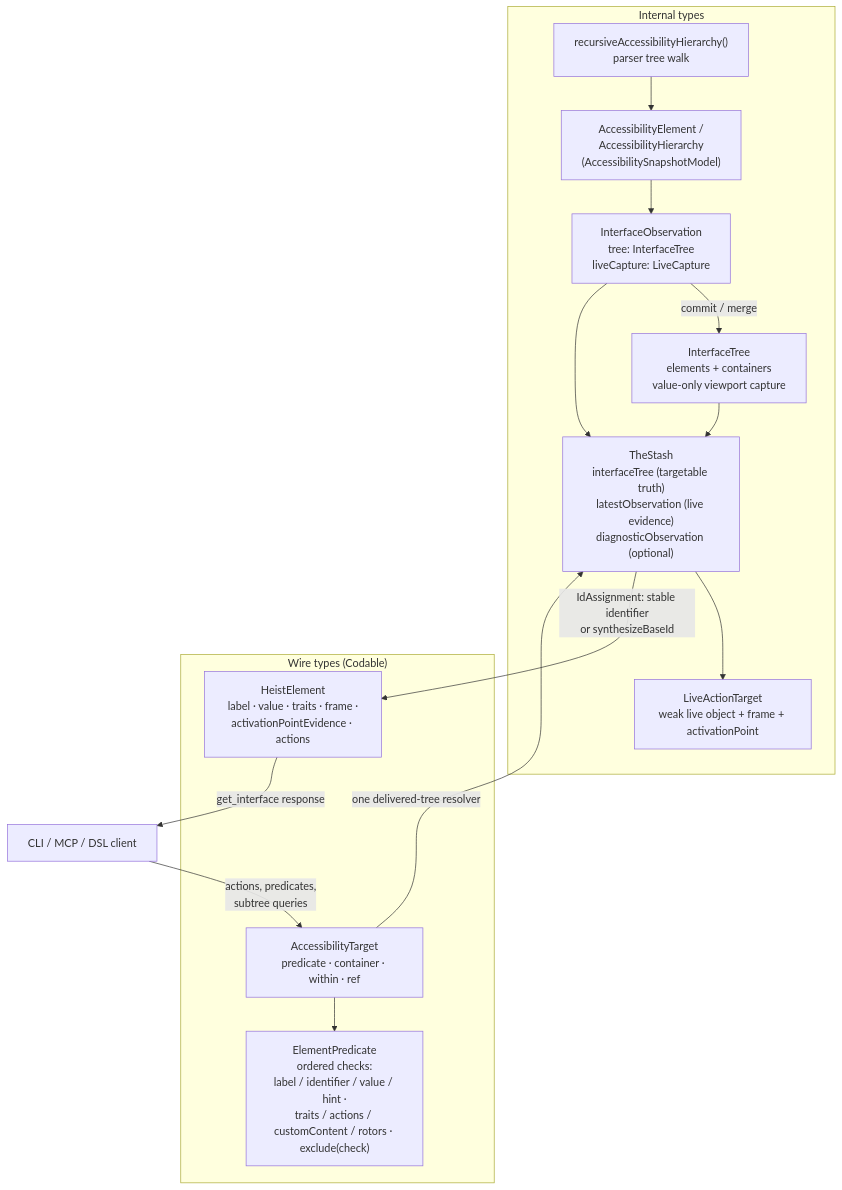
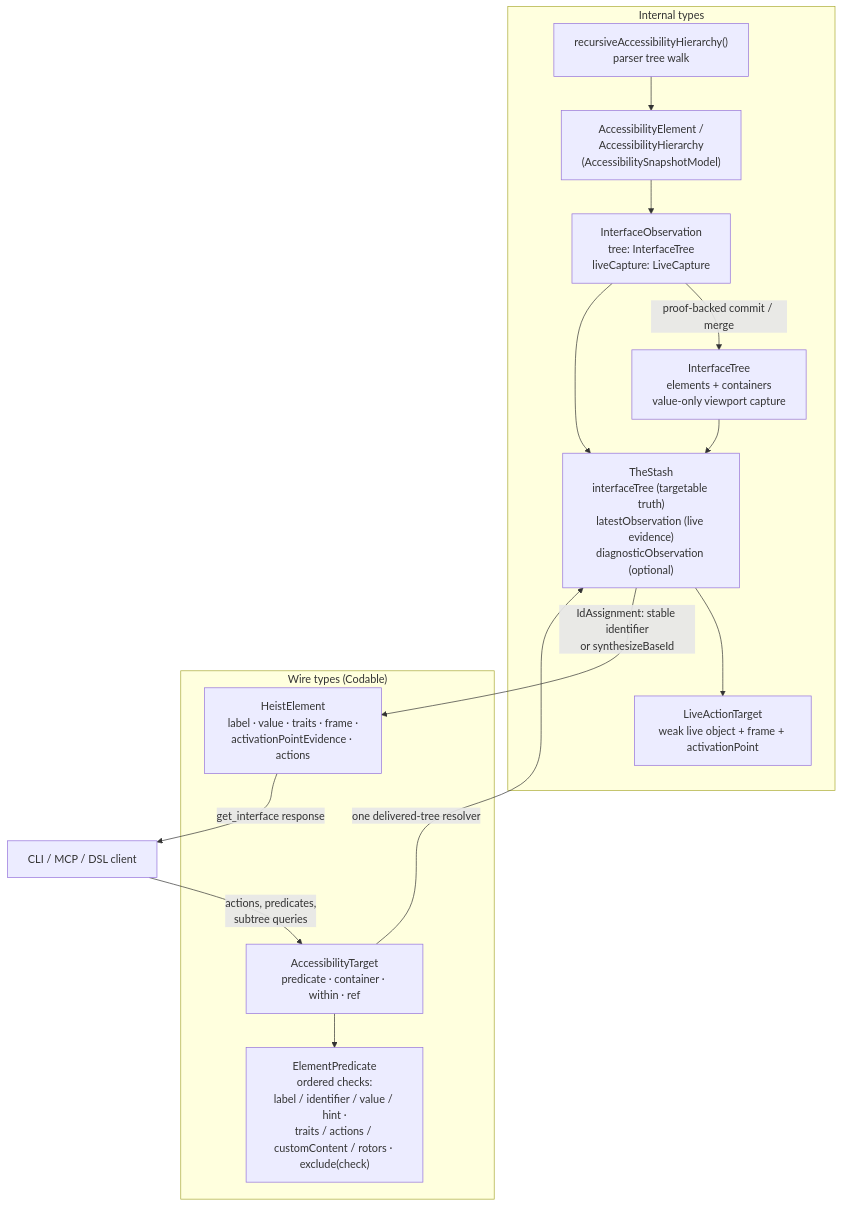
The diagram in docs/diagrams/currency-types.md (RoyalPineapple/TheButtonHeist), drawn with Mermaid before and after one commit. The commit also changed other lines of this file and 4 other files, not shown here.

Commit message:
Align architecture docs with assembled contracts

````diff
--- a/docs/diagrams/currency-types.md
+++ b/docs/diagrams/currency-types.md
@@ -8,32 +8,32 @@
 ```mermaid
 flowchart TD
     subgraph internal["Internal types"]
         WALK["recursiveAccessibilityHierarchy()<br/>parser tree walk"]
         AXE["AccessibilityElement /<br/>AccessibilityHierarchy<br/>(AccessibilitySnapshotModel)"]
         OBS["InterfaceObservation<br/>tree: InterfaceTree<br/>liveCapture: LiveCapture"]
         TREE["InterfaceTree<br/>elements + containers<br/>value-only viewport capture"]
         STASH["TheStash<br/>interfaceTree (targetable truth)<br/>latestObservation (live evidence)<br/>diagnosticObservation (optional)"]
         LIVET["LiveActionTarget<br/>weak live object + frame + activationPoint"]
         WALK --> AXE
         AXE --> OBS
-        OBS -- "commit / merge" --> TREE
+        OBS -- "proof-backed commit / merge" --> TREE
         OBS --> STASH
         TREE --> STASH
         STASH --> LIVET
     end
 
     subgraph wireTypes["Wire types (Codable)"]
         HE["HeistElement<br/>label · value · traits · frame ·<br/>activationPointEvidence · actions"]
         ET["AccessibilityTarget<br/>predicate · container · within · ref"]
         EP["ElementPredicate<br/>ordered checks:<br/>label / identifier / value / hint ·<br/>traits / actions / customContent / rotors · exclude(check)"]
         HE ~~~ ET
         ET --> EP
     end
 
     CLIENT["CLI / MCP / DSL client"]
 
     STASH -- "IdAssignment: stable identifier<br/>or synthesizeBaseId" --> HE
     HE -- "get_interface response" --> CLIENT
     CLIENT -- "actions, predicates,<br/>subtree queries" --> ET
     ET -- "one delivered-tree resolver" --> STASH
 ```
````
